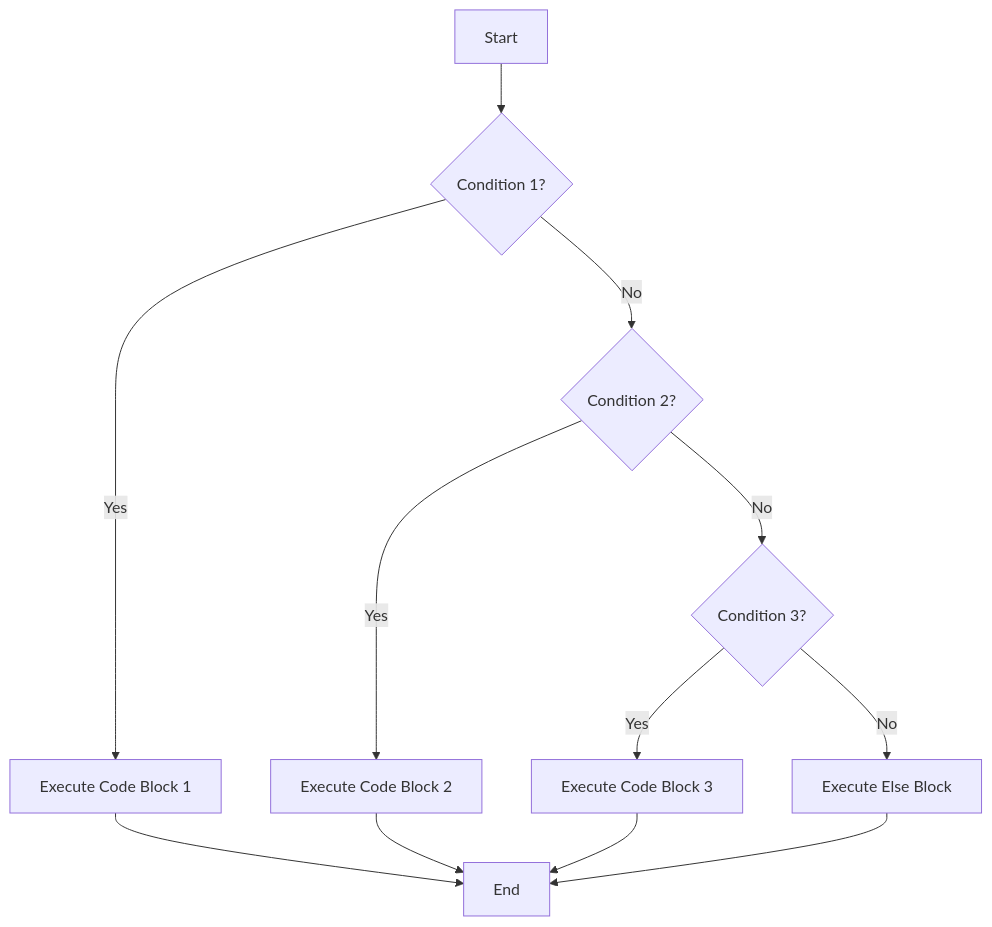
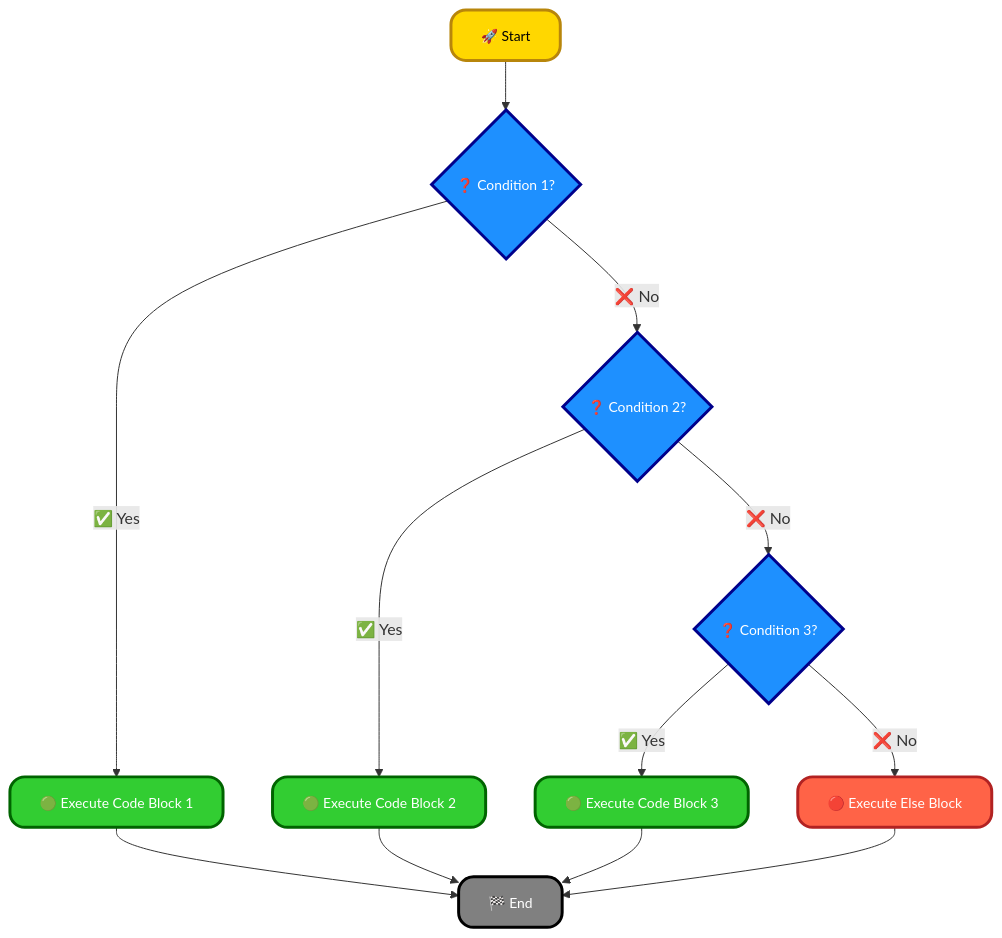
Before and after one commit to infoyouth/infoyouth.github.io: the third of 9 diagrams in _posts/2025-03-23-07.-c++-control-statements.md, drawn with Mermaid. The commit also changed other lines of this file, not shown here.

````diff
--- a/_posts/2025-03-23-07.-c++-control-statements.md
+++ b/_posts/2025-03-23-07.-c++-control-statements.md
@@ -302,14 +307,30 @@
 ```mermaid
 graph TD
-    A[Start] --> B{Condition 1?};
-    B -- Yes --> C[Execute Code Block 1];
-    B -- No --> D{Condition 2?};
-    D -- Yes --> E[Execute Code Block 2];
-    D -- No --> F{Condition 3?};
-    F -- Yes --> G[Execute Code Block 3];
-    F -- No --> H[Execute Else Block];
-    C --> I[End];
+    A["🚀 Start"] --> B{"❓ Condition 1?"};
+    B -- ✅ Yes --> C["🟢 Execute Code Block 1"];
+    B -- ❌ No --> D{"❓ Condition 2?"};
+    D -- ✅ Yes --> E["🟢 Execute Code Block 2"];
+    D -- ❌ No --> F{"❓ Condition 3?"};
+    F -- ✅ Yes --> G["🟢 Execute Code Block 3"];
+    F -- ❌ No --> H["🔴 Execute Else Block"];
+
+    C --> I["🏁 End"];
     E --> I;
     G --> I;
     H --> I;
+
+    %% Custom Styles
+    classDef startStyle fill:#FFD700,stroke:#B8860B,color:#000000,font-size:14px,stroke-width:3px,rx:15px,shadow:5px;
+    classDef conditionStyle fill:#1E90FF,stroke:#00008B,color:#FFFFFF,font-size:14px,stroke-width:3px,rx:15px,shadow:5px;
+    classDef codeBlockStyle fill:#32CD32,stroke:#006400,color:#FFFFFF,font-size:14px,stroke-width:3px,rx:15px,shadow:5px;
+    classDef elseStyle fill:#FF6347,stroke:#B22222,color:#FFFFFF,font-size:14px,stroke-width:3px,rx:15px,shadow:5px;
+    classDef endStyle fill:#808080,stroke:#000000,color:#FFFFFF,font-size:14px,stroke-width:3px,rx:15px,shadow:5px;
+
+    %% Apply Classes
+    class A startStyle;
+    class B,D,F conditionStyle;
+    class C,E,G codeBlockStyle;
+    class H elseStyle;
+    class I endStyle;
+
 ```
````
